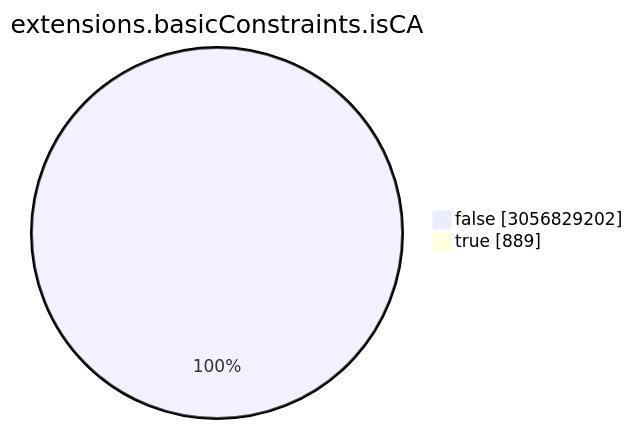
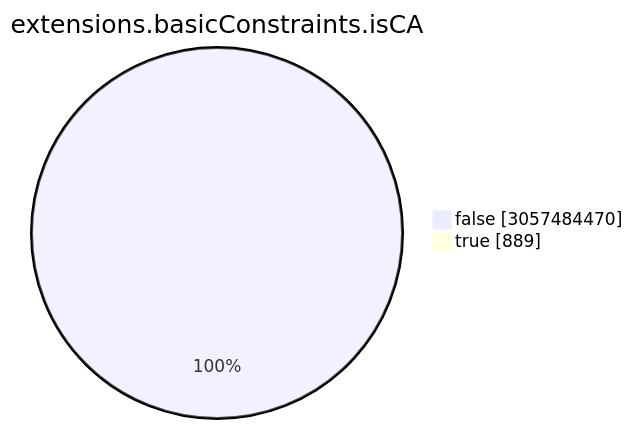
Before and after one commit to christiankrug/ctmonitor_visualization: the seventh of 15 diagrams in TOTAL/README.md, drawn with Mermaid. The commit also changed other lines of this file, not shown here.

````diff
--- a/TOTAL/README.md
+++ b/TOTAL/README.md
@@ -3088,6 +3088,6 @@
 ```mermaid
 pie showData
 title extensions.basicConstraints.isCA
-"false" :3056829202
+"false" :3057484470
 "true" :889
 ```
````
